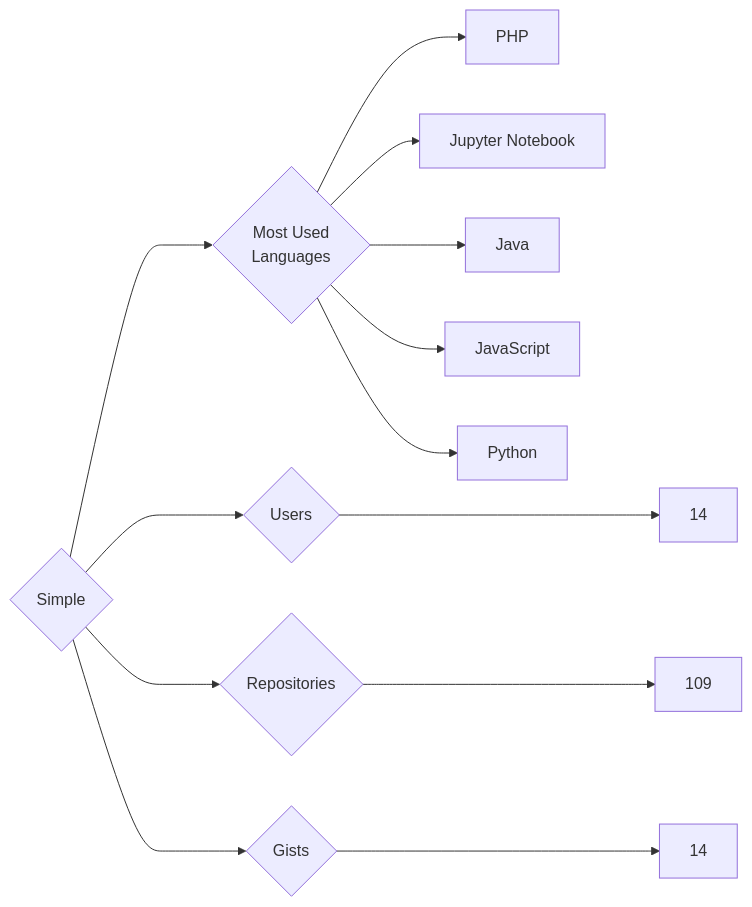
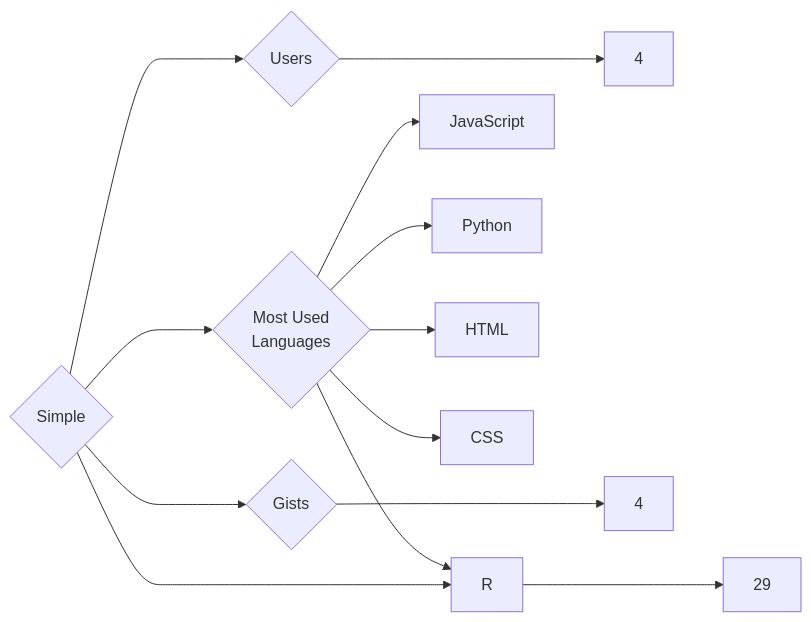
Before and after one commit to trickest/insiders: the diagram in targets/Simple/README.md, drawn with Mermaid. The commit also changed 797 other files, not shown here.

````diff
--- a/targets/Simple/README.md
+++ b/targets/Simple/README.md
@@ -3,13 +3,13 @@
 ```mermaid
 graph LR
 COMPANY_NAME{Simple}
-COMPANY_NAME ---> U{Users} ---> UN[14]
-COMPANY_NAME ---> R{Repositories} ---> RN[109]
-COMPANY_NAME ---> G{Gists} ---> GN[14]
+COMPANY_NAME ---> U{Users} ---> UN[4]
+COMPANY_NAME ---> R{Repositories} ---> RN[29]
+COMPANY_NAME ---> G{Gists} ---> GN[4]
 COMPANY_NAME ---> ML{Most Used<br>Languages}
-ML --> PHP[PHP]
-ML --> Jupyter_Notebook[Jupyter Notebook]
-ML --> Java[Java]
 ML --> JavaScript[JavaScript]
 ML --> Python[Python]
+ML --> HTML[HTML]
+ML --> CSS[CSS]
+ML --> R[R]
 ```
````
